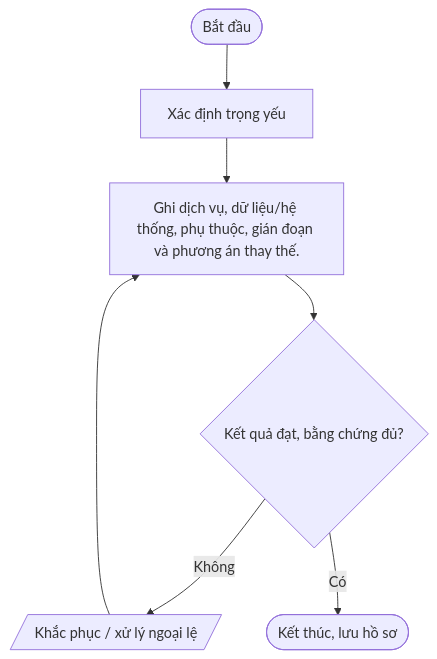
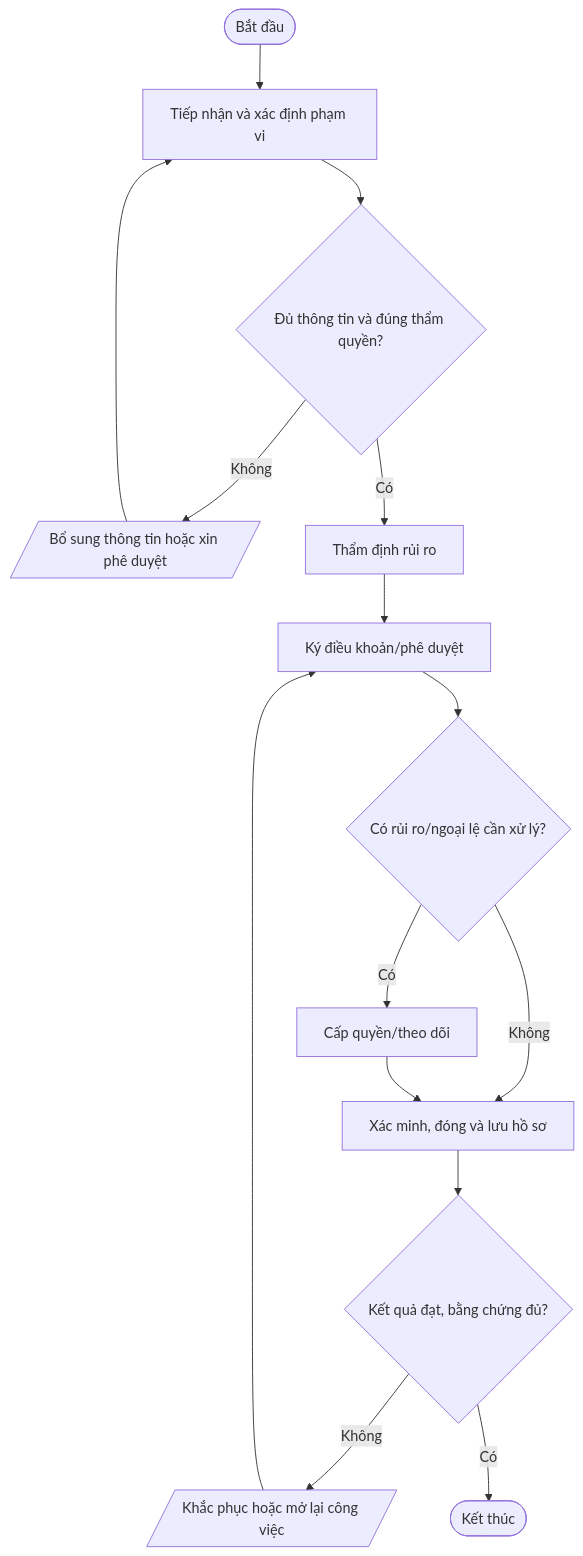
The tenth of 11 diagrams in quy-trinh/03-An-toan-thong-tin/README.md (daoaigiangnam/Quy_Trinh_Chuan), drawn with Mermaid before and after one commit. The commit also changed other lines of this file, not shown here.

Commit message:
docs: refine detailed procedure steps and Mermaid flowcharts

````diff
--- a/quy-trinh/03-An-toan-thong-tin/README.md
+++ b/quy-trinh/03-An-toan-thong-tin/README.md
@@ -684,11 +849,17 @@
 ```mermaid
 flowchart TD
-  A([Bắt đầu]) --> S1
-  S1["Xác định trọng yếu"]
-  S2["Ghi dịch vụ, dữ liệu/hệ thống, phụ thuộc, gián đoạn và phương án thay thế."]
-  S1 --> S2
-  S2 --> D2{"Kết quả đạt, bằng chứng đủ?"}
-  D2 -- Không --> REWORK[/"Khắc phục / xử lý ngoại lệ"/]
-  REWORK --> S2
-  D2 -- Có --> Z([Kết thúc, lưu hồ sơ])
+  A([Bắt đầu]) --> S1["Tiếp nhận và xác định phạm vi"]
+  S1 --> D1{"Đủ thông tin và đúng thẩm quyền?"}
+  D1 -- Không --> F1[/"Bổ sung thông tin hoặc xin phê duyệt"/]
+  F1 --> S1
+  D1 -- Có --> S2["Thẩm định rủi ro"]
+  S2 --> S3["Ký điều khoản/phê duyệt"]
+  S3 --> D2{"Có rủi ro/ngoại lệ cần xử lý?"}
+  D2 -- Có --> S4["Cấp quyền/theo dõi"]
+  D2 -- Không --> S5["Xác minh, đóng và lưu hồ sơ"]
+  S4 --> S5
+  S5 --> D3{"Kết quả đạt, bằng chứng đủ?"}
+  D3 -- Không --> R[/"Khắc phục hoặc mở lại công việc"/]
+  R --> S3
+  D3 -- Có --> Z([Kết thúc])
 ```
````
